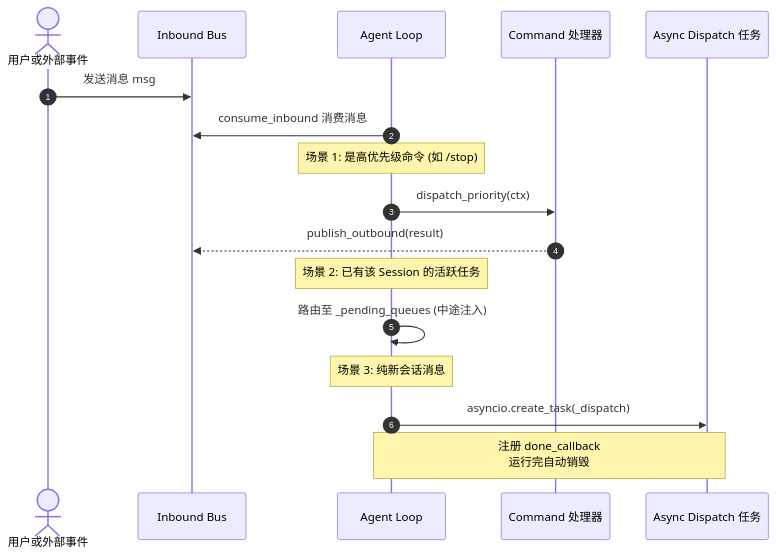
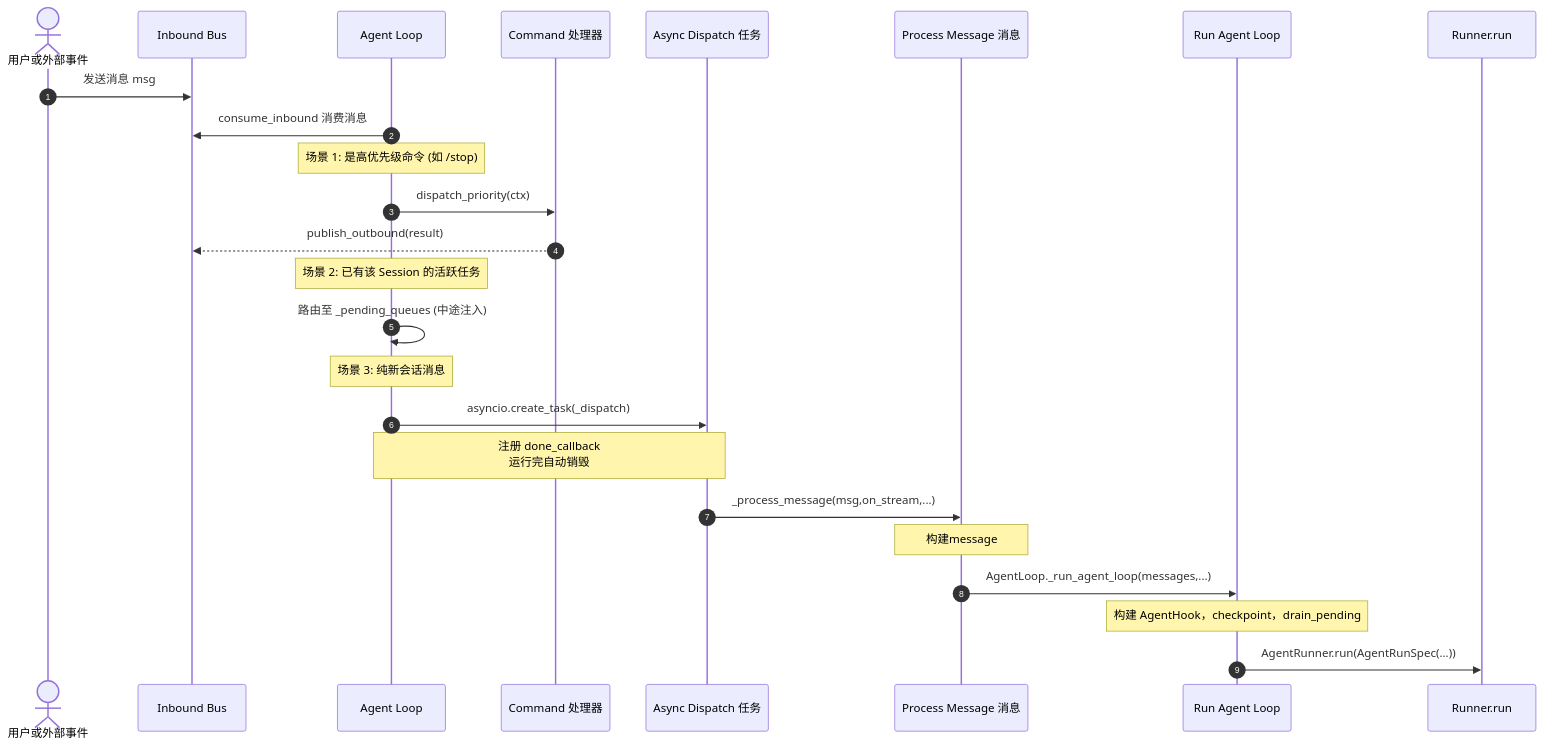
The second of 2 diagrams in content/LLM/Agent.md (sunyuboalisa/EngineerBlog), drawn with Mermaid before and after one commit. The commit also changed 1 other file, not shown here.

Commit message:
vault backup: 2026-06-16 17:45:51

````diff
--- a/content/LLM/Agent.md
+++ b/content/LLM/Agent.md
@@ -45,23 +45,34 @@
 ```mermaid
 sequenceDiagram
     autonumber
     actor User as 用户或外部事件
     participant Bus as Inbound Bus
     participant AgentLoop as Agent Loop
     participant Cmd as Command 处理器
     participant Task as Async Dispatch 任务
+    participant ProcessMessage as Process Message 消息
+    participant RunAgentLoop as Run Agent Loop
+    participant RunnerRun as Runner.run
 
     User->>Bus: 发送消息 msg
     AgentLoop->>Bus: consume_inbound 消费消息
     
     Note over AgentLoop: 场景 1: 是高优先级命令 (如 /stop)
     AgentLoop->>Cmd: dispatch_priority(ctx)
     Cmd-->>Bus: publish_outbound(result)
     
     Note over AgentLoop: 场景 2: 已有该 Session 的活跃任务
     AgentLoop->>AgentLoop: 路由至 _pending_queues (中途注入)
     
     Note over AgentLoop: 场景 3: 纯新会话消息
     AgentLoop->>Task: asyncio.create_task(_dispatch)
     Note over AgentLoop, Task: 注册 done_callback <br>运行完自动销毁
+
+    Task->>ProcessMessage: _process_message(msg,on_stream,...)
+    Note over ProcessMessage: 构建message
+    
+    ProcessMessage->>RunAgentLoop:AgentLoop._run_agent_loop(messages,...)
+    Note over RunAgentLoop: 构建 AgentHook，checkpoint，drain_pending
+    
+    RunAgentLoop->>RunnerRun:AgentRunner.run(AgentRunSpec(...))
 ```
````
